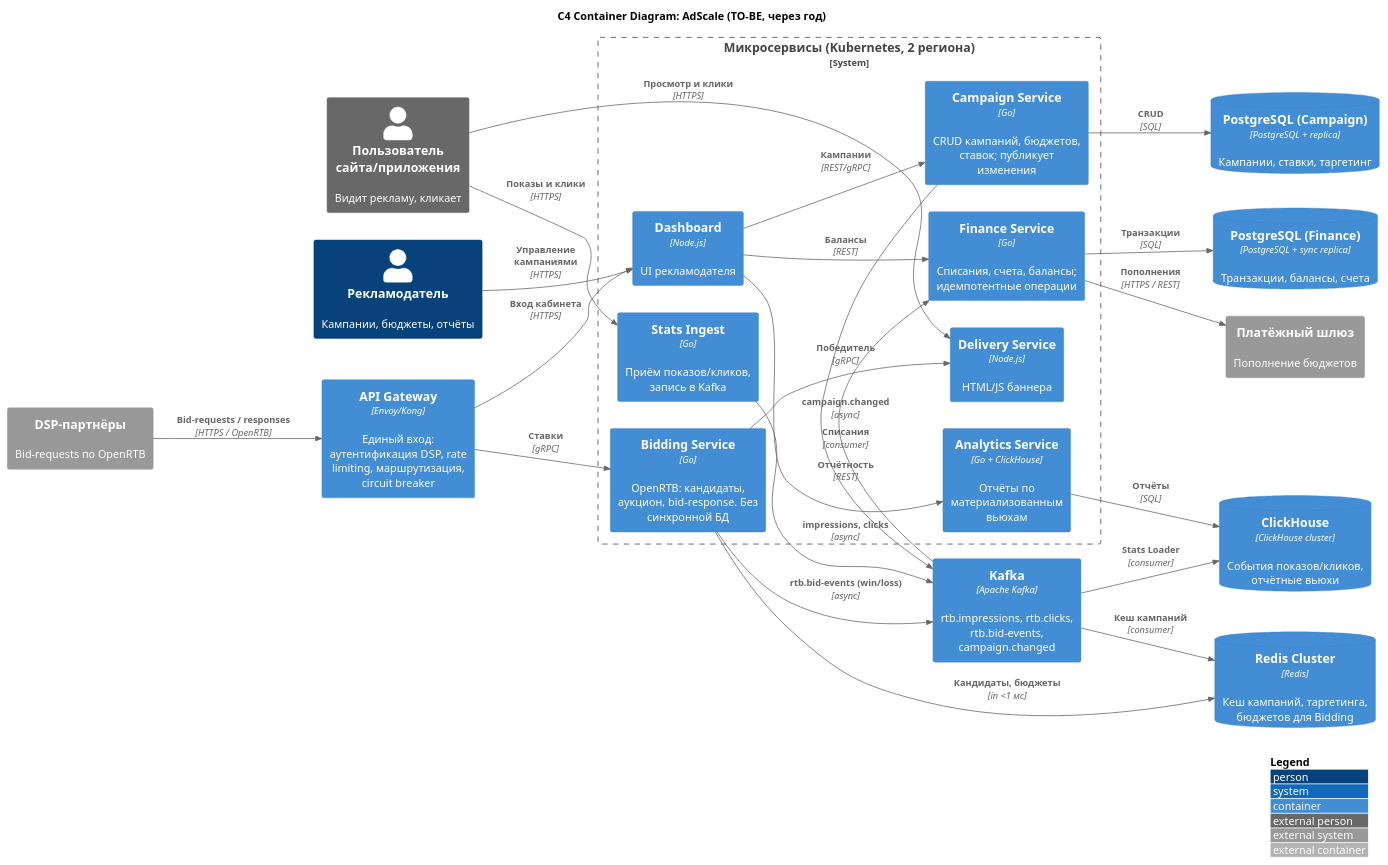
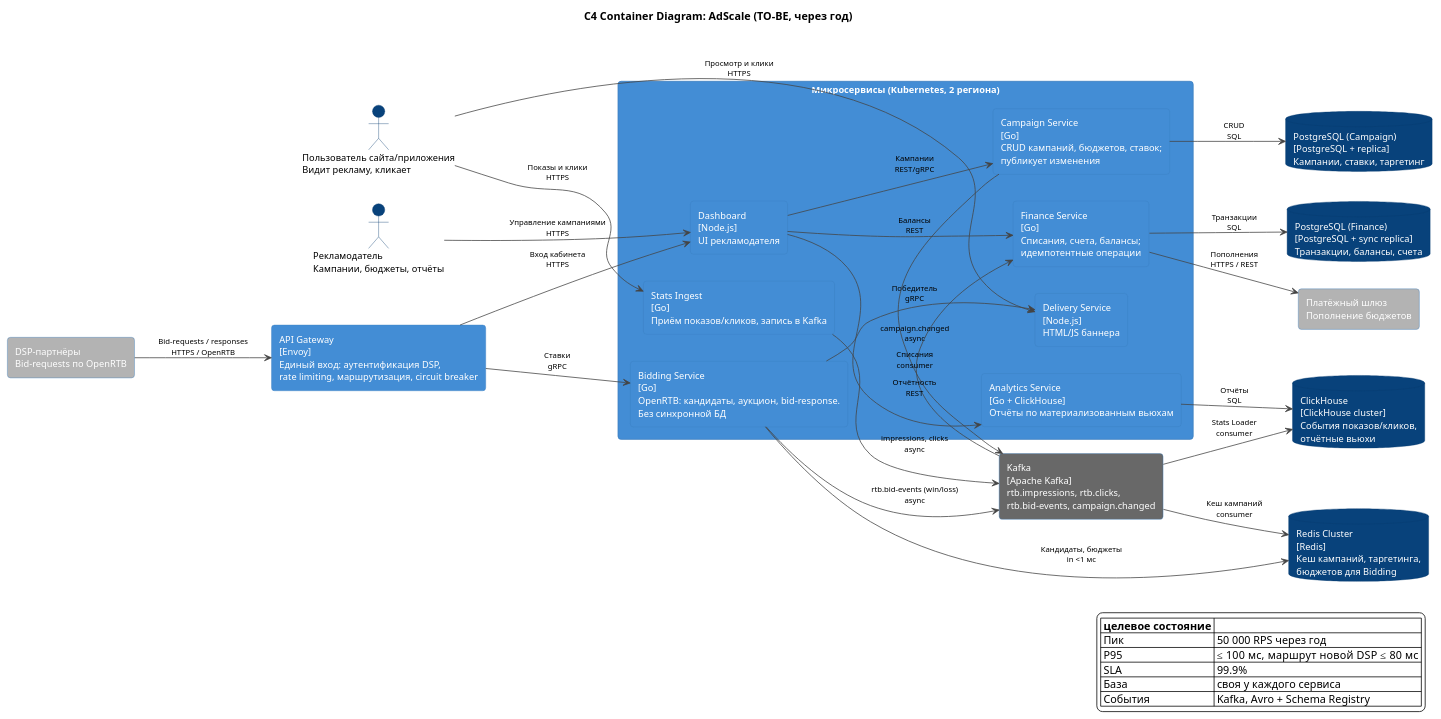
Before and after one commit to Monderlog/Solution-AdScale: the diagram in Task1/diagrams/to-be.puml, drawn with PlantUML. The commit also changed 4 other files, not shown here.

Commit message:
переписал C4-диаграммы чистым plantuml, без include

```diff
--- a/Task1/diagrams/to-be.puml
+++ b/Task1/diagrams/to-be.puml
@@ -1,54 +1,80 @@
 @startuml
-!include C4_Container.puml
-
-LAYOUT_WITH_LEGEND()
-LAYOUT_LEFT_RIGHT()
+left to right direction
+skinparam backgroundColor #FFFFFF
+skinparam defaultFontSize 12
+skinparam ArrowColor #444444
+skinparam ArrowFontSize 10
+skinparam rectangle {
+  BackgroundColor #438DD5
+  FontColor #FFFFFF
+  BorderColor #3C7FC0
+  RoundCorner 8
+}
+skinparam database {
+  BackgroundColor #08427B
+  FontColor #FFFFFF
+  BorderColor #073B6F
+}
+skinparam actor {
+  BackgroundColor #08427B
+  BorderColor #073B6F
+}
 
 title C4 Container Diagram: AdScale (TO-BE, через год)
 
-Person(advertiser, "Рекламодатель", "Кампании, бюджеты, отчёты")
-Person_Ext(endUser, "Пользователь сайта/приложения", "Видит рекламу, кликает")
-System_Ext(dspPartner, "DSP-партнёры", "Bid-requests по OpenRTB")
-System_Ext(paymentGateway, "Платёжный шлюз", "Пополнение бюджетов")
+actor "Рекламодатель\nКампании, бюджеты, отчёты" as advertiser
+actor "Пользователь сайта/приложения\nВидит рекламу, кликает" as endUser
+rectangle "DSP-партнёры\nBid-requests по OpenRTB" as dspPartner #B3B3B3
+rectangle "Платёжный шлюз\nПополнение бюджетов" as paymentGateway #B3B3B3
 
-Container(gateway, "API Gateway", "Envoy/Kong", "Единый вход: аутентификация DSP, rate limiting, маршрутизация, circuit breaker")
+rectangle "API Gateway\n[Envoy]\nЕдиный вход: аутентификация DSP,\nrate limiting, маршрутизация, circuit breaker" as gateway
 
-System_Boundary(services, "Микросервисы (Kubernetes, 2 региона)") {
-    Container(bidding, "Bidding Service", "Go", "OpenRTB: кандидаты, аукцион, bid-response. Без синхронной БД")
-    Container(campaign, "Campaign Service", "Go", "CRUD кампаний, бюджетов, ставок; публикует изменения")
-    Container(delivery, "Delivery Service", "Node.js", "HTML/JS баннера")
-    Container(ingest, "Stats Ingest", "Go", "Приём показов/кликов, запись в Kafka")
-    Container(analytics, "Analytics Service", "Go + ClickHouse", "Отчёты по материализованным вьюхам")
-    Container(finance, "Finance Service", "Go", "Списания, счета, балансы; идемпотентные операции")
-    Container(dashboard, "Dashboard", "Node.js", "UI рекламодателя")
+rectangle "Микросервисы (Kubernetes, 2 региона)" as services {
+  rectangle "Bidding Service\n[Go]\nOpenRTB: кандидаты, аукцион, bid-response.\nБез синхронной БД" as bidding
+  rectangle "Campaign Service\n[Go]\nCRUD кампаний, бюджетов, ставок;\nпубликует изменения" as campaign
+  rectangle "Delivery Service\n[Node.js]\nHTML/JS баннера" as delivery
+  rectangle "Stats Ingest\n[Go]\nПриём показов/кликов, запись в Kafka" as ingest
+  rectangle "Analytics Service\n[Go + ClickHouse]\nОтчёты по материализованным вьюхам" as analytics
+  rectangle "Finance Service\n[Go]\nСписания, счета, балансы;\nидемпотентные операции" as finance
+  rectangle "Dashboard\n[Node.js]\nUI рекламодателя" as dashboard
 }
 
-ContainerDb(redis, "Redis Cluster", "Redis", "Кеш кампаний, таргетинга, бюджетов для Bidding")
-Container(kafka, "Kafka", "Apache Kafka", "rtb.impressions, rtb.clicks, rtb.bid-events, campaign.changed")
-ContainerDb(pgCampaign, "PostgreSQL (Campaign)", "PostgreSQL + replica", "Кампании, ставки, таргетинг")
-ContainerDb(pgFinance, "PostgreSQL (Finance)", "PostgreSQL + sync replica", "Транзакции, балансы, счета")
-ContainerDb(clickhouse, "ClickHouse", "ClickHouse cluster", "События показов/кликов, отчётные вьюхи")
+rectangle "Kafka\n[Apache Kafka]\nrtb.impressions, rtb.clicks,\nrtb.bid-events, campaign.changed" as kafka #686868
 
-Rel(dspPartner, gateway, "Bid-requests / responses", "HTTPS / OpenRTB")
-Rel(gateway, bidding, "Ставки", "gRPC")
-Rel(gateway, dashboard, "Вход кабинета", "HTTPS")
-Rel(advertiser, dashboard, "Управление кампаниями", "HTTPS")
-Rel(bidding, redis, "Кандидаты, бюджеты", "in <1 мс")
-Rel(bidding, kafka, "rtb.bid-events (win/loss)", "async")
-Rel(bidding, delivery, "Победитель", "gRPC")
-Rel(endUser, delivery, "Просмотр и клики", "HTTPS")
-Rel(endUser, ingest, "Показы и клики", "HTTPS")
-Rel(ingest, kafka, "impressions, clicks", "async")
-Rel(campaign, pgCampaign, "CRUD", "SQL")
-Rel(campaign, kafka, "campaign.changed", "async")
-Rel(kafka, redis, "Кеш кампаний", "consumer")
-Rel(kafka, finance, "Списания", "consumer")
-Rel(kafka, clickhouse, "Stats Loader", "consumer")
-Rel(analytics, clickhouse, "Отчёты", "SQL")
-Rel(dashboard, campaign, "Кампании", "REST/gRPC")
-Rel(dashboard, analytics, "Отчётность", "REST")
-Rel(dashboard, finance, "Балансы", "REST")
-Rel(finance, pgFinance, "Транзакции", "SQL")
-Rel(finance, paymentGateway, "Пополнения", "HTTPS / REST")
+database "Redis Cluster\n[Redis]\nКеш кампаний, таргетинга,\nбюджетов для Bidding" as redis
+database "PostgreSQL (Campaign)\n[PostgreSQL + replica]\nКампании, ставки, таргетинг" as pgCampaign
+database "PostgreSQL (Finance)\n[PostgreSQL + sync replica]\nТранзакции, балансы, счета" as pgFinance
+database "ClickHouse\n[ClickHouse cluster]\nСобытия показов/кликов,\nотчётные вьюхи" as clickhouse
+
+dspPartner --> gateway : Bid-requests / responses\nHTTPS / OpenRTB
+gateway --> bidding : Ставки\ngRPC
+gateway --> dashboard : Вход кабинета\nHTTPS
+advertiser --> dashboard : Управление кампаниями\nHTTPS
+bidding --> redis : Кандидаты, бюджеты\nin <1 мс
+bidding --> kafka : rtb.bid-events (win/loss)\nasync
+bidding --> delivery : Победитель\ngRPC
+endUser --> delivery : Просмотр и клики\nHTTPS
+endUser --> ingest : Показы и клики\nHTTPS
+ingest --> kafka : impressions, clicks\nasync
+campaign --> pgCampaign : CRUD\nSQL
+campaign --> kafka : campaign.changed\nasync
+kafka --> redis : Кеш кампаний\nconsumer
+kafka --> finance : Списания\nconsumer
+kafka --> clickhouse : Stats Loader\nconsumer
+analytics --> clickhouse : Отчёты\nSQL
+dashboard --> campaign : Кампании\nREST/gRPC
+dashboard --> analytics : Отчётность\nREST
+dashboard --> finance : Балансы\nREST
+finance --> pgFinance : Транзакции\nSQL
+finance --> paymentGateway : Пополнения\nHTTPS / REST
+
+legend right
+|= целевое состояние |= |
+| Пик | 50 000 RPS через год |
+| P95 | ≤ 100 мс, маршрут новой DSP ≤ 80 мс |
+| SLA | 99.9% |
+| База | своя у каждого сервиса |
+| События | Kafka, Avro + Schema Registry |
+endlegend
 
 @enduml
```
